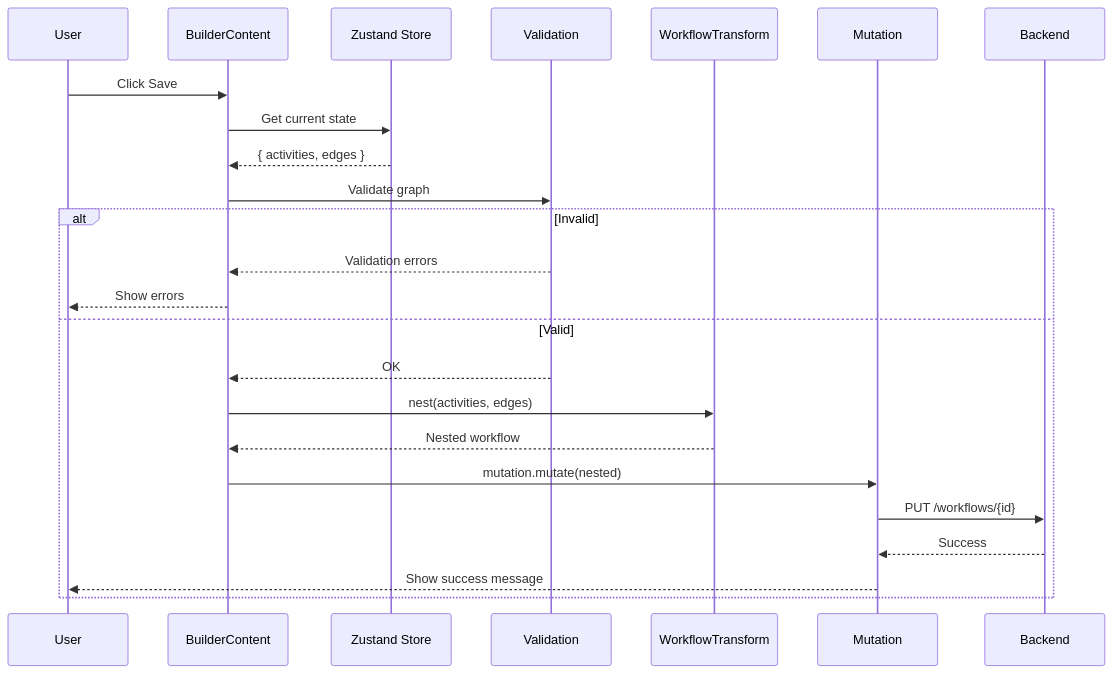
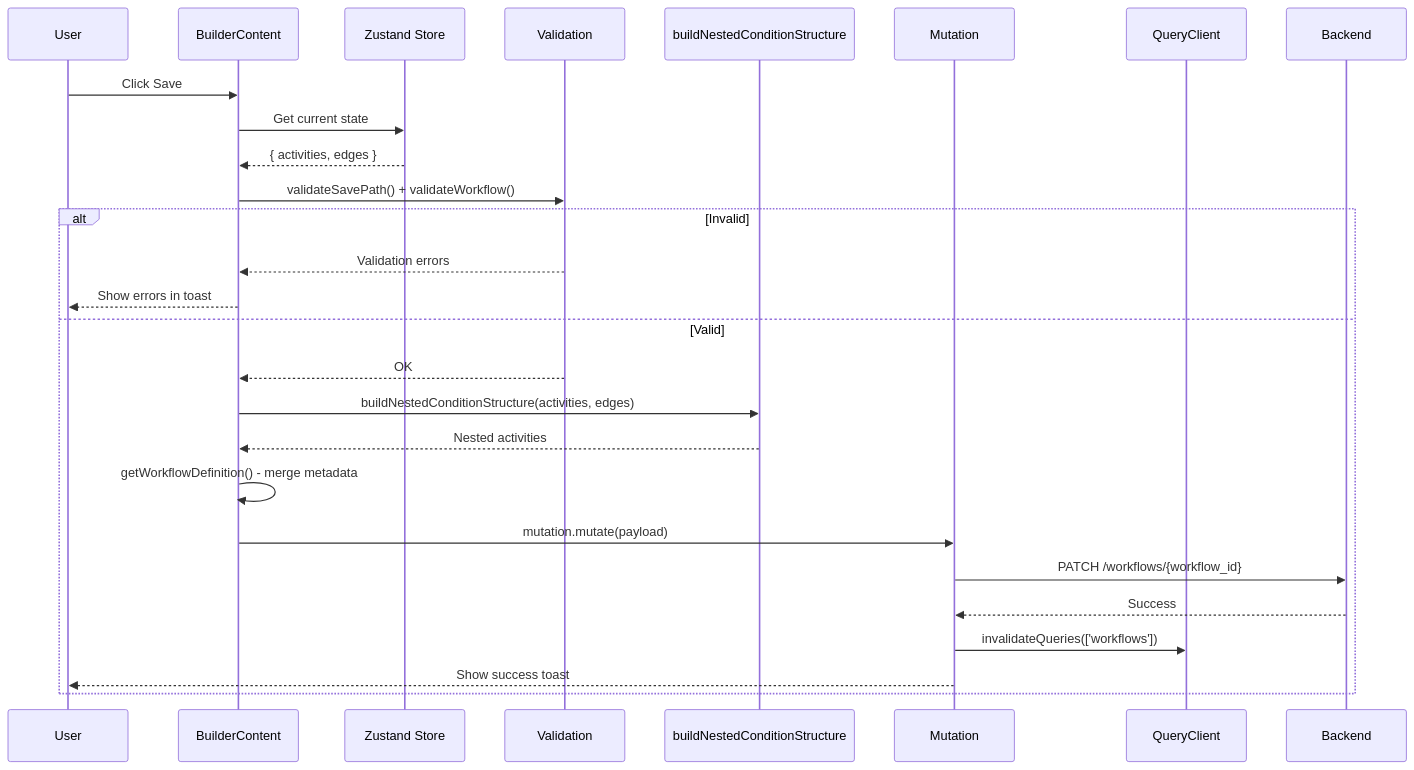
One commit to alinabuzachis/syntara changed the tenth of 10 diagrams in docs/data-flow.md. Above: the diagram before and after it, drawn with Mermaid. The commit also changed other lines of this file and 12 other files, not shown here.

````diff
--- a/docs/data-flow.md
+++ b/docs/data-flow.md
@@ -598,28 +620,31 @@
 ```mermaid
 sequenceDiagram
     participant U as User
     participant C as BuilderContent
     participant S as Zustand Store
     participant V as Validation
-    participant T as WorkflowTransform
+    participant T as buildNestedConditionStructure
     participant M as Mutation
+    participant Q as QueryClient
     participant B as Backend
 
     U->>C: Click Save
     C->>S: Get current state
     S-->>C: { activities, edges }
-    C->>V: Validate graph
+    C->>V: validateSavePath() + validateWorkflow()
 
     alt Invalid
         V-->>C: Validation errors
-        C-->>U: Show errors
+        C-->>U: Show errors in toast
     else Valid
         V-->>C: OK
-        C->>T: nest(activities, edges)
-        T-->>C: Nested workflow
-        C->>M: mutation.mutate(nested)
-        M->>B: PUT /workflows/{id}
+        C->>T: buildNestedConditionStructure(activities, edges)
+        T-->>C: Nested activities
+        C->>C: getWorkflowDefinition() - merge metadata
+        C->>M: mutation.mutate(payload)
+        M->>B: PATCH /workflows/{workflow_id}
         B-->>M: Success
-        M-->>U: Show success message
+        M->>Q: invalidateQueries(['workflows'])
+        M-->>U: Show success toast
     end
 ```
````
